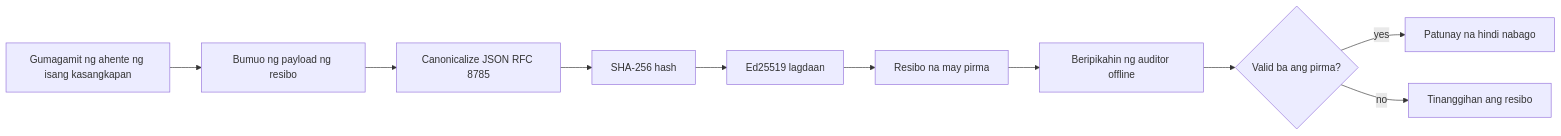
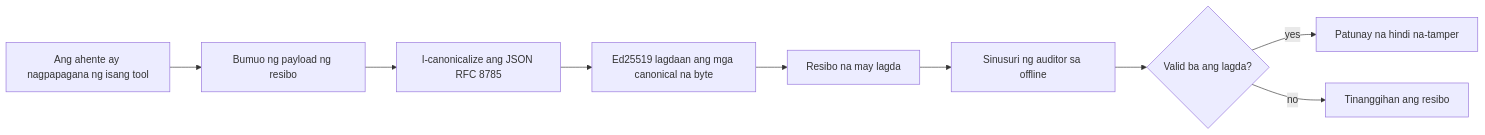
One commit to microsoft/ai-agents-for-beginners changed the first of 2 diagrams in translations/tl/18-securing-ai-agents/README.md. Above: the diagram before and after it, drawn with Mermaid. The commit also changed other lines of this file and 46 other files, not shown here.

````diff
--- a/translations/tl/18-securing-ai-agents/README.md
+++ b/translations/tl/18-securing-ai-agents/README.md
@@ -51,12 +51,11 @@
 ```mermaid
 flowchart LR
-    A[Gumagamit ng ahente ng isang kasangkapan] --> B[Bumuo ng payload ng resibo]
-    B --> C[Canonicalize JSON RFC 8785]
-    C --> D[SHA-256 hash]
-    D --> E[Ed25519 lagdaan]
-    E --> F[Resibo na may pirma]
-    F --> G[Beripikahin ng auditor offline]
-    G --> H{Valid ba ang pirma?}
-    H -- yes --> I[Patunay na hindi nabago]
+    A[Ang ahente ay nagpapagana ng isang tool] --> B[Bumuo ng payload ng resibo]
+    B --> C[I-canonicalize ang JSON RFC 8785]
+    C --> E[Ed25519 lagdaan ang mga canonical na byte]
+    E --> F[Resibo na may lagda]
+    F --> G[Sinusuri ng auditor sa offline]
+    G --> H{Valid ba ang lagda?}
+    H -- yes --> I[Patunay na hindi na-tamper]
     H -- no --> J[Tinanggihan ang resibo]
 ```
````
